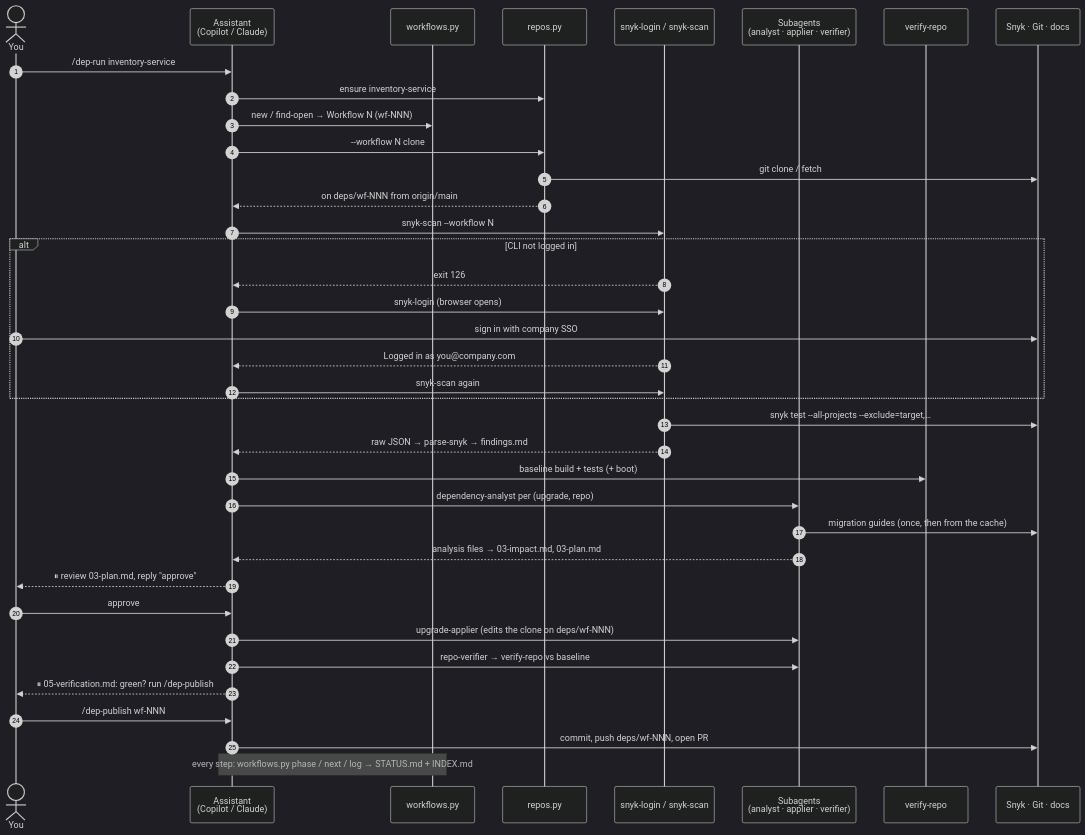
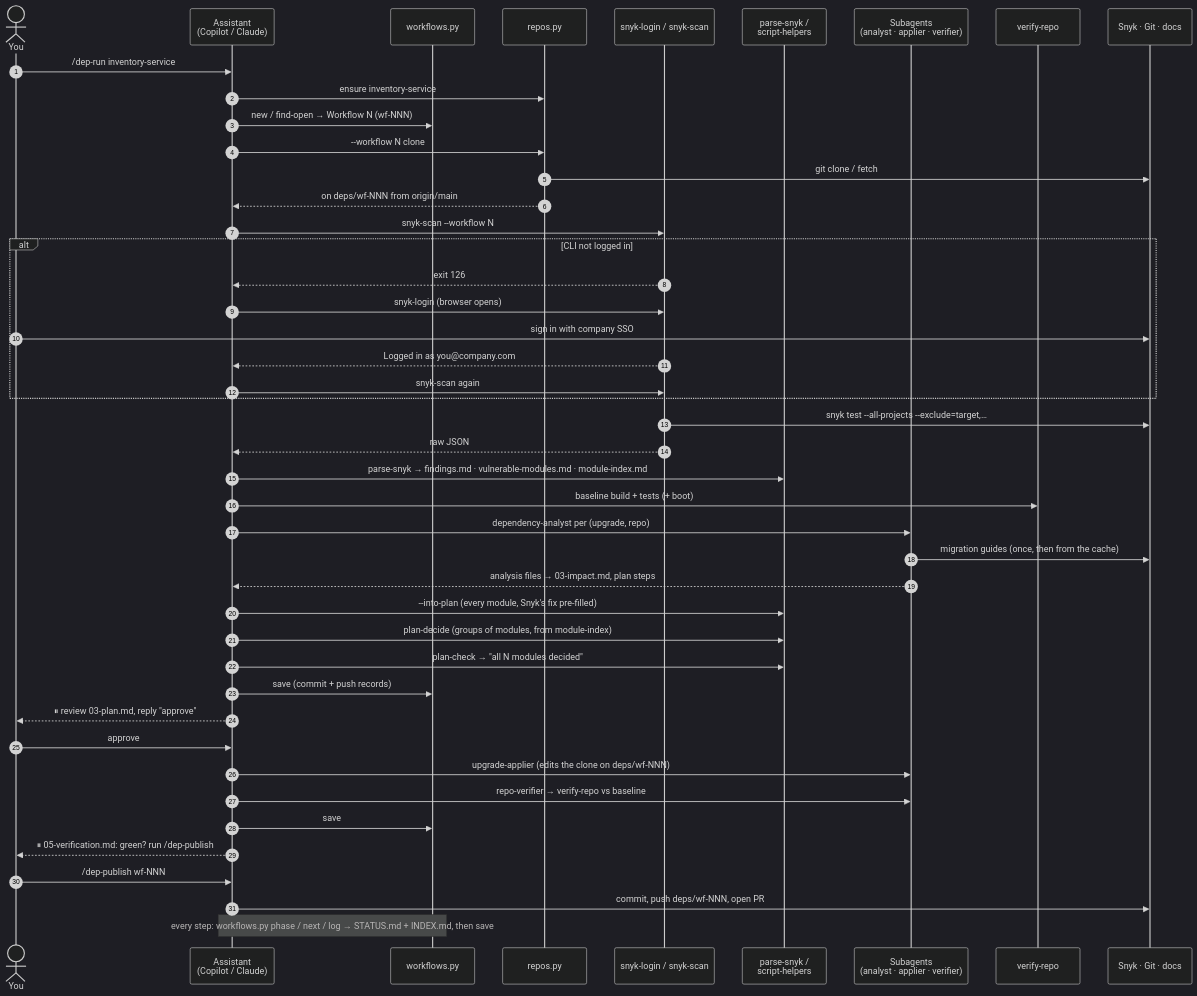
One commit to elinasarvari/snyk-update-package changed the third of 5 diagrams in docs/ARCHITECTURE.md. Above: the diagram before and after it, drawn with Mermaid (dark theme). The commit also changed other lines of this file and 1 other file, not shown here.

First line of the commit message:
Docs: faster planning steps; architecture diagrams brought up to date

````diff
--- a/docs/ARCHITECTURE.md
+++ b/docs/ARCHITECTURE.md
@@ -106,41 +109,48 @@
 ```mermaid
 sequenceDiagram
     autonumber
     actor You
     participant A as Assistant<br/>(Copilot / Claude)
     participant W as workflows.py
     participant R as repos.py
     participant S as snyk-login / snyk-scan
+    participant P as parse-snyk /<br/>script-helpers
     participant SA as Subagents<br/>(analyst · applier · verifier)
     participant V as verify-repo
     participant X as Snyk · Git · docs
 
     You->>A: /dep-run inventory-service
     A->>R: ensure inventory-service
     A->>W: new / find-open → Workflow N (wf-NNN)
     A->>R: --workflow N clone
     R->>X: git clone / fetch
     R-->>A: on deps/wf-NNN from origin/main
     A->>S: snyk-scan --workflow N
     alt CLI not logged in
         S-->>A: exit 126
         A->>S: snyk-login (browser opens)
         You->>X: sign in with company SSO
         S-->>A: Logged in as you@company.com
         A->>S: snyk-scan again
     end
     S->>X: snyk test --all-projects --exclude=target,…
-    S-->>A: raw JSON → parse-snyk → findings.md
+    S-->>A: raw JSON
+    A->>P: parse-snyk → findings.md · vulnerable-modules.md · module-index.md
     A->>V: baseline build + tests (+ boot)
     A->>SA: dependency-analyst per (upgrade, repo)
     SA->>X: migration guides (once, then from the cache)
-    SA-->>A: analysis files → 03-impact.md, 03-plan.md
+    SA-->>A: analysis files → 03-impact.md, plan steps
+    A->>P: --into-plan (every module, Snyk's fix pre-filled)
+    A->>P: plan-decide (groups of modules, from module-index)
+    A->>P: plan-check → "all N modules decided"
+    A->>W: save (commit + push records)
     A-->>You: ⏸ review 03-plan.md, reply "approve"
     You->>A: approve
     A->>SA: upgrade-applier (edits the clone on deps/wf-NNN)
     A->>SA: repo-verifier → verify-repo vs baseline
+    A->>W: save
     A-->>You: ⏸ 05-verification.md: green? run /dep-publish
     You->>A: /dep-publish wf-NNN
     A->>X: commit, push deps/wf-NNN, open PR
-    Note over A,W: every step: workflows.py phase / next / log → STATUS.md + INDEX.md
+    Note over A,W: every step: workflows.py phase / next / log → STATUS.md + INDEX.md, then save
 ```
````
